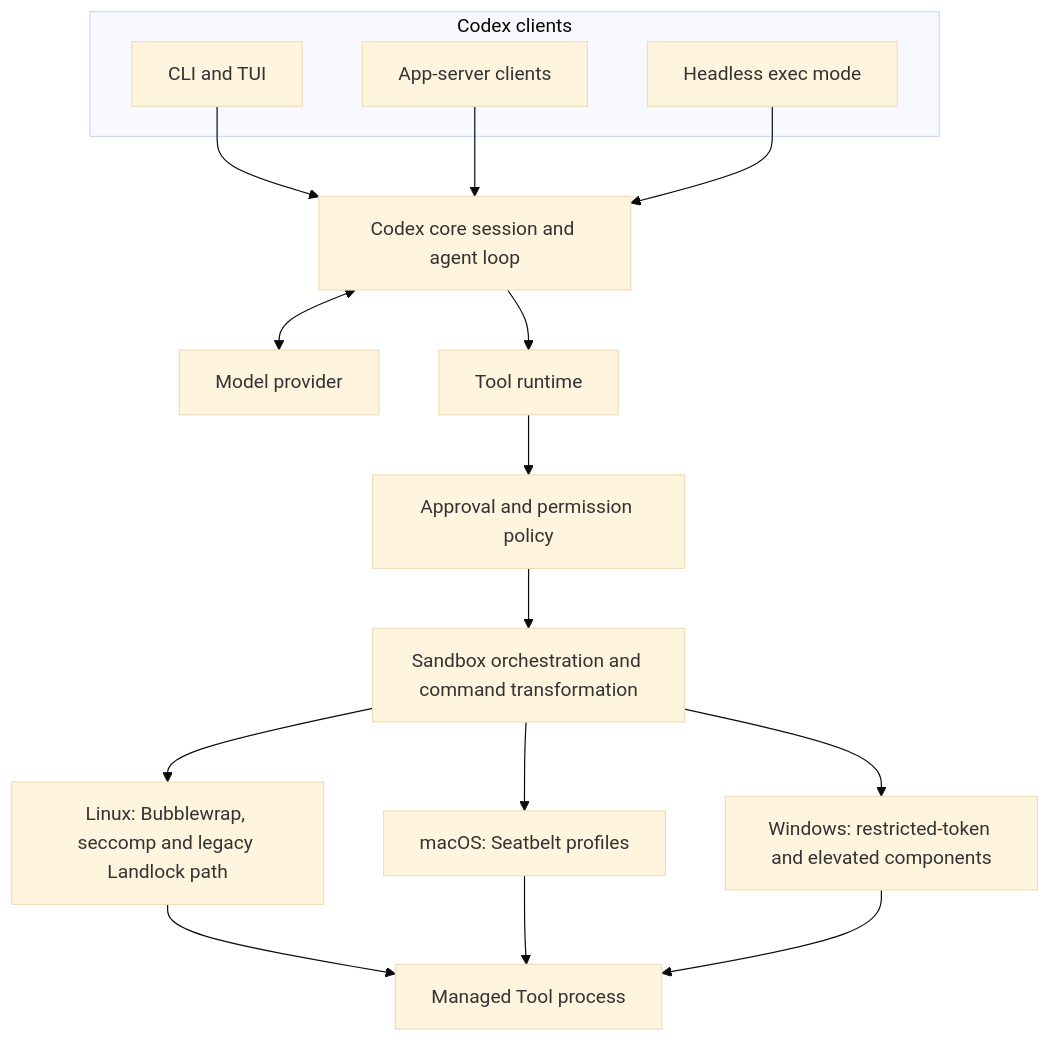
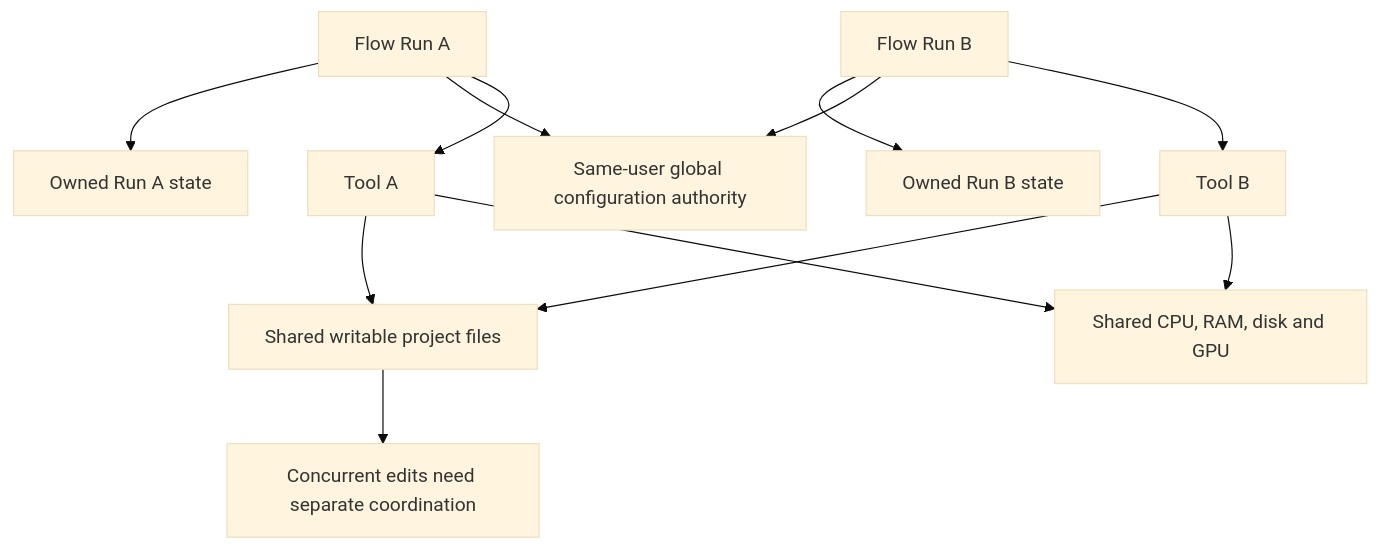
One commit to Open-Equilibrium/watershed changed the seventh of 8 diagrams in docs/concept/flow-agent-executor-architecture.md. Above: the diagram before and after it, drawn with Mermaid (base theme). The commit also changed other lines of this file and 500 other files, not shown here.

First line of the commit message:
flow-agent: add native self-protection for trusted tools (#7)

````diff
--- a/docs/concept/flow-agent-executor-architecture.md
+++ b/docs/concept/flow-agent-executor-architecture.md
@@ -66,21 +133,14 @@
 ```mermaid
 flowchart TD
-  subgraph Clients["Codex clients"]
-    CLI["CLI and TUI"]
-    APP["App-server clients"]
-    EXEC["Headless exec mode"]
-  end
-  CLI --> CORE["Codex core session and agent loop"]
-  APP --> CORE
-  EXEC --> CORE
-  CORE <--> MODEL["Model provider"]
-  CORE --> TOOL["Tool runtime"]
-  TOOL --> PA["Approval and permission policy"]
-  PA --> MANAGER["Sandbox orchestration and command transformation"]
-  MANAGER --> LINUX["Linux: Bubblewrap, seccomp and legacy Landlock path"]
-  MANAGER --> MAC["macOS: Seatbelt profiles"]
-  MANAGER --> WIN["Windows: restricted-token and elevated components"]
-  LINUX --> PROC["Managed Tool process"]
-  MAC --> PROC
-  WIN --> PROC
+  A["Flow Run A"] --> StoreA["Owned Run A state"]
+  B["Flow Run B"] --> StoreB["Owned Run B state"]
+  A --> Config["Same-user global configuration authority"]
+  B --> Config
+  A --> ToolA["Tool A"]
+  B --> ToolB["Tool B"]
+  ToolA --> Project["Shared writable project files"]
+  ToolB --> Project
+  Project --> Race["Concurrent edits need separate coordination"]
+  ToolA --> Host["Shared CPU, RAM, disk and GPU"]
+  ToolB --> Host
 ```
````
